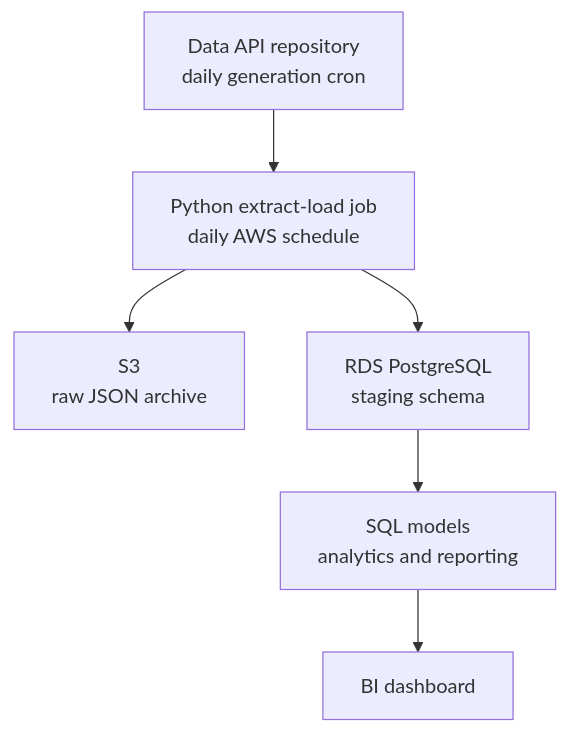
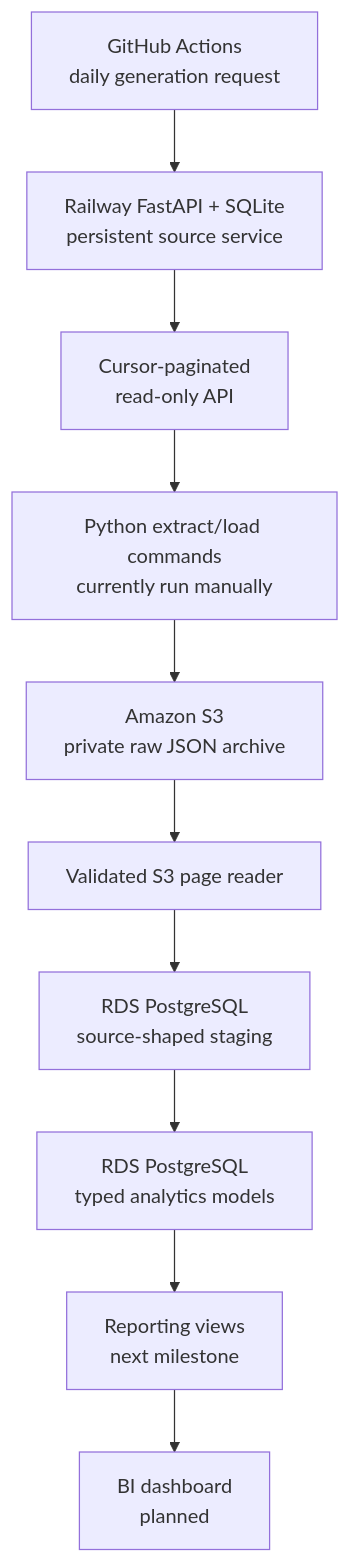
The diagram in ARCHITECTURE.md (datacookbooks/guitar-lessons-marketing-analytics), drawn with Mermaid before and after one commit. The commit also changed other lines of this file and 9 other files, not shown here.

Commit message:
Build staging-to-analytics models

````diff
--- a/ARCHITECTURE.md
+++ b/ARCHITECTURE.md
@@ -27,8 +11,12 @@
 ```mermaid
 flowchart TD
-    A["Data API repository<br/>daily generation cron"] --> B["Python extract-load job<br/>daily AWS schedule"]
-    B --> C["S3<br/>raw JSON archive"]
-    B --> D["RDS PostgreSQL<br/>staging schema"]
-    D --> E["SQL models<br/>analytics and reporting"]
-    E --> F["BI dashboard"]
+    A["GitHub Actions<br/>daily generation request"] --> B["Railway FastAPI + SQLite<br/>persistent source service"]
+    B --> C["Cursor-paginated<br/>read-only API"]
+    C --> D["Python extract/load commands<br/>currently run manually"]
+    D --> E["Amazon S3<br/>private raw JSON archive"]
+    E --> F["Validated S3 page reader"]
+    F --> G["RDS PostgreSQL<br/>source-shaped staging"]
+    G --> H["RDS PostgreSQL<br/>typed analytics models"]
+    H --> I["Reporting views<br/>next milestone"]
+    I --> J["BI dashboard<br/>planned"]
 ```
````
